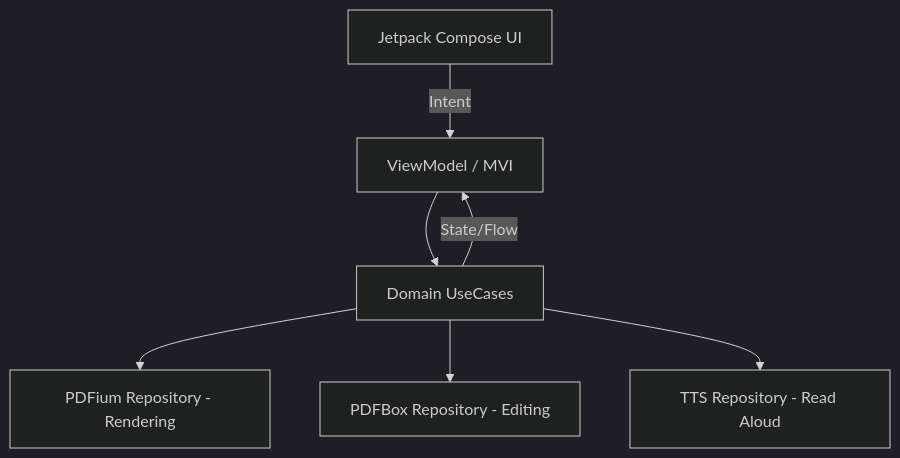
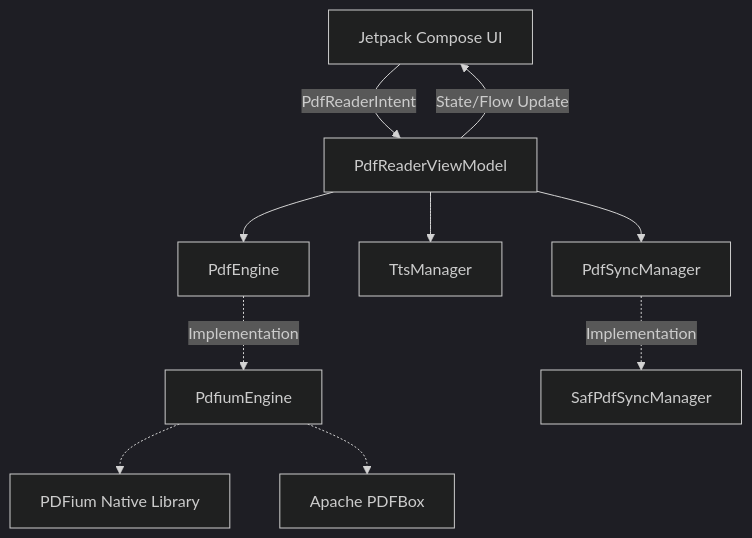
Before and after one commit to tharun-extinct/pdf-reader: the diagram in .github/design.md, drawn with Mermaid (dark theme). The commit also changed other lines of this file, not shown here.

Commit message:
Updated design and architecture documentation

````diff
--- a/.github/design.md
+++ b/.github/design.md
@@ -23,9 +23,12 @@
 ```mermaid
 graph TD
-    UI[Jetpack Compose UI] -->|Intent| VM[ViewModel / MVI]
-    VM --> U[Domain UseCases]
-    U -->|State/Flow| VM
-    U --> R1[PDFium Repository - Rendering]
-    U --> R2[PDFBox Repository - Editing]
-    U --> R3[TTS Repository - Read Aloud]
+    UI[Jetpack Compose UI] -->|PdfReaderIntent| VM[PdfReaderViewModel]
+    VM -->|State/Flow Update| UI
+    VM --> D1[PdfEngine]
+    VM --> D2[TtsManager]
+    VM --> D3[PdfSyncManager]
+    D1 -.->|Implementation| R1[PdfiumEngine]
+    D3 -.->|Implementation| R2[SafPdfSyncManager]
+    R1 -.-> PDFium[PDFium Native Library]
+    R1 -.-> PDFBox[Apache PDFBox]
 ```
````
